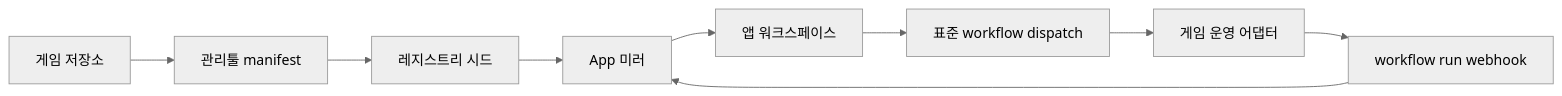
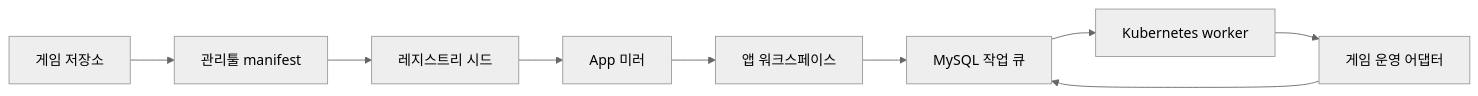
Before and after one commit to seorilabs/seorilabs-backoffice: the diagram in docs/app-ops/README.md, drawn with Mermaid (neutral theme). The commit also changed other lines of this file and 24 other files, not shown here.

````diff
--- a/docs/app-ops/README.md
+++ b/docs/app-ops/README.md
@@ -13,11 +13,11 @@
 ```mermaid
 flowchart LR
   A["게임 저장소"] --> B["관리툴 manifest"]
   B --> C["레지스트리 시드"]
   C --> D["App 미러"]
   D --> E["앱 워크스페이스"]
-  E --> F["표준 workflow dispatch"]
-  F --> G["게임 운영 어댑터"]
-  G --> H["workflow run webhook"]
-  H --> D
+  E --> F["MySQL 작업 큐"]
+  F --> G["Kubernetes worker"]
+  G --> H["게임 운영 어댑터"]
+  H --> F
 ```
````
